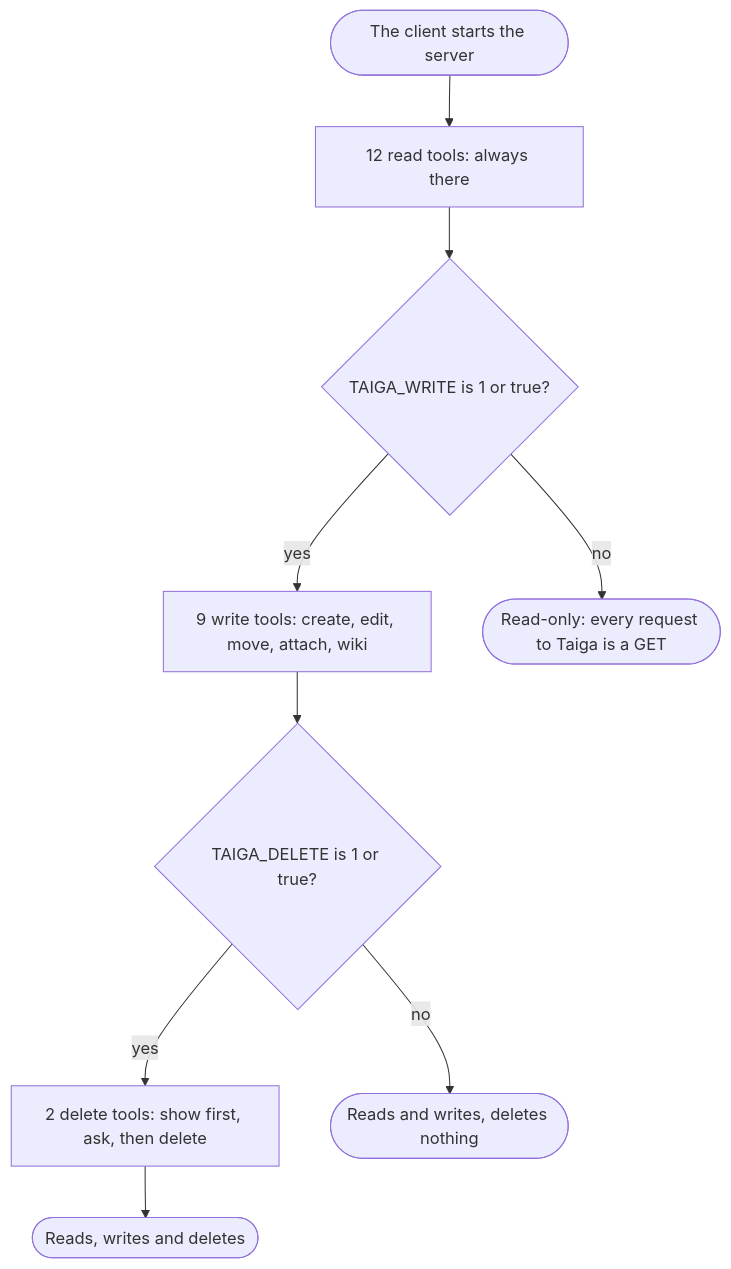
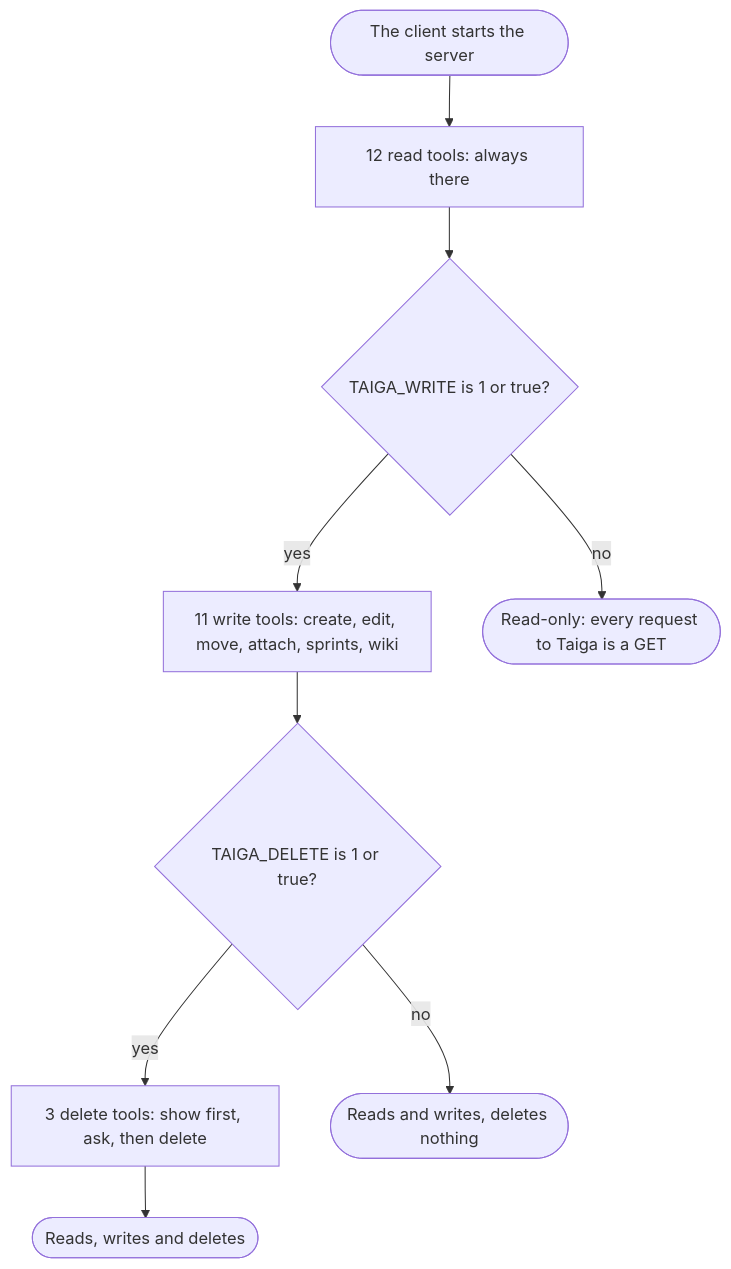
One commit to CamposCodes/taiga-r2da-mcp changed the first of 2 diagrams in docs/readme.md. Above: the diagram before and after it, drawn with Mermaid. The commit also changed other lines of this file and 10 other files, not shown here.

Commit message:
feat: create, edit, close and delete the sprints of a project

````diff
--- a/docs/readme.md
+++ b/docs/readme.md
@@ -289,20 +289,20 @@
 ```mermaid
 flowchart TD
     start(["The client starts the server"])
     read["12 read tools: always there"]
     w{"TAIGA_WRITE is 1 or true?"}
-    write["9 write tools: create, edit, move, attach, wiki"]
+    write["11 write tools: create, edit, move, attach, sprints, wiki"]
     d{"TAIGA_DELETE is 1 or true?"}
-    del["2 delete tools: show first, ask, then delete"]
+    del["3 delete tools: show first, ask, then delete"]
     ro(["Read-only: every request to Taiga is a GET"])
     rw(["Reads and writes, deletes nothing"])
     all(["Reads, writes and deletes"])
     start --> read
     read --> w
     w -->|"no"| ro
     w -->|"yes"| write
     write --> d
     d -->|"no"| rw
     d -->|"yes"| del
     del --> all
 ```
````
